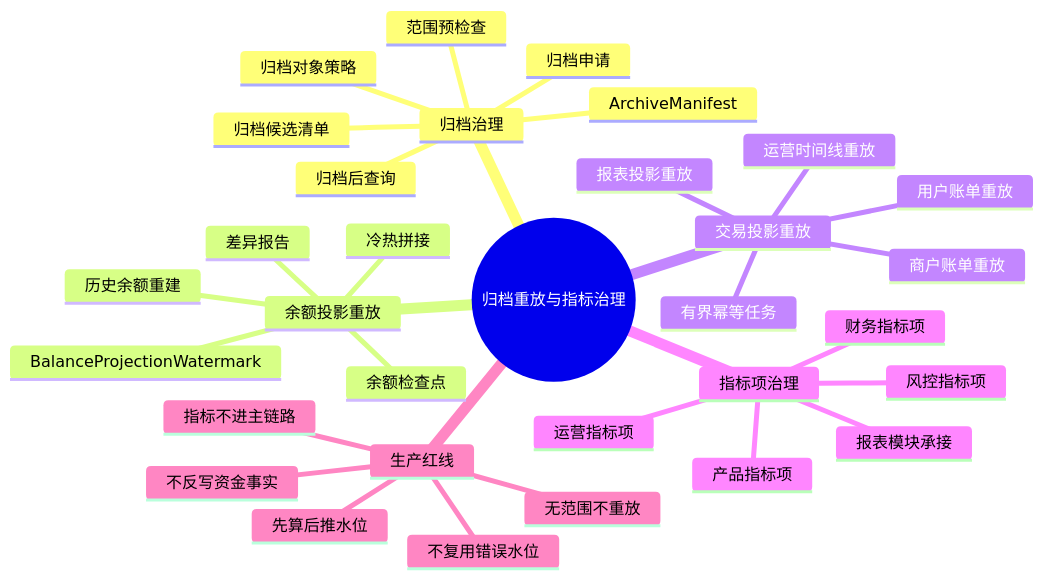
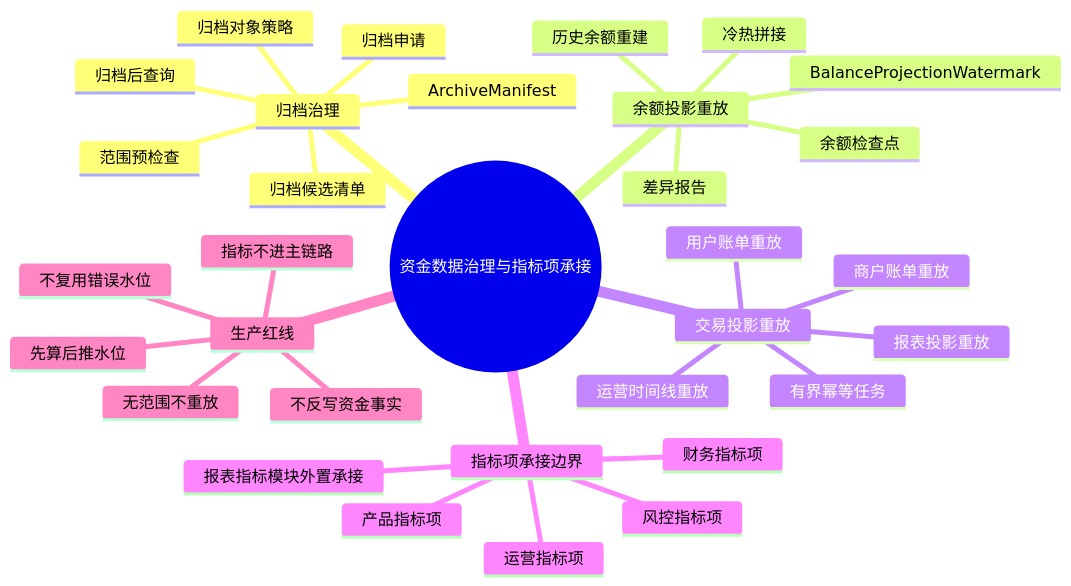
One commit to fengwuxp/wind-funds changed the first of 5 diagrams in docs/产品设计/04-归档重放与指标治理.md. Above: the diagram before and after it, drawn with Mermaid. The commit also changed other lines of this file and 69 other files, not shown here.

````diff
--- a/docs/产品设计/04-归档重放与指标治理.md
+++ b/docs/产品设计/04-归档重放与指标治理.md
@@ -36,35 +42,35 @@
 ```mermaid
 mindmap
-  root((归档重放与指标治理))
+  root((资金数据治理与指标项承接))
     归档治理
       归档申请
       归档对象策略
       范围预检查
       归档候选清单
       ArchiveManifest
       归档后查询
     余额投影重放
       余额检查点
       BalanceProjectionWatermark
       冷热拼接
       历史余额重建
       差异报告
     交易投影重放
       用户账单重放
       商户账单重放
       运营时间线重放
       报表投影重放
       有界幂等任务
-    指标项治理
+    指标项承接边界
       产品指标项
       运营指标项
       财务指标项
       风控指标项
-      报表模块承接
+      报表指标模块外置承接
     生产红线
       无范围不重放
       先算后推水位
       不反写资金事实
       不复用错误水位
       指标不进主链路
 ```
````
